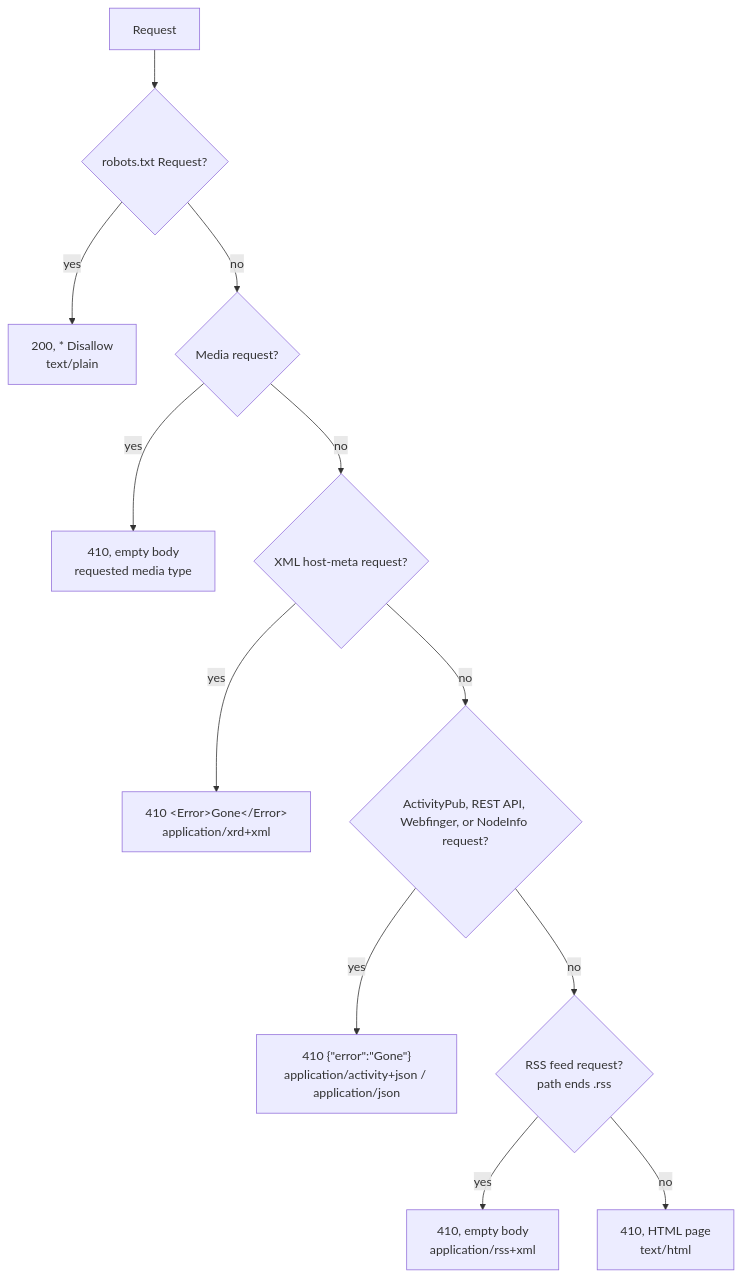
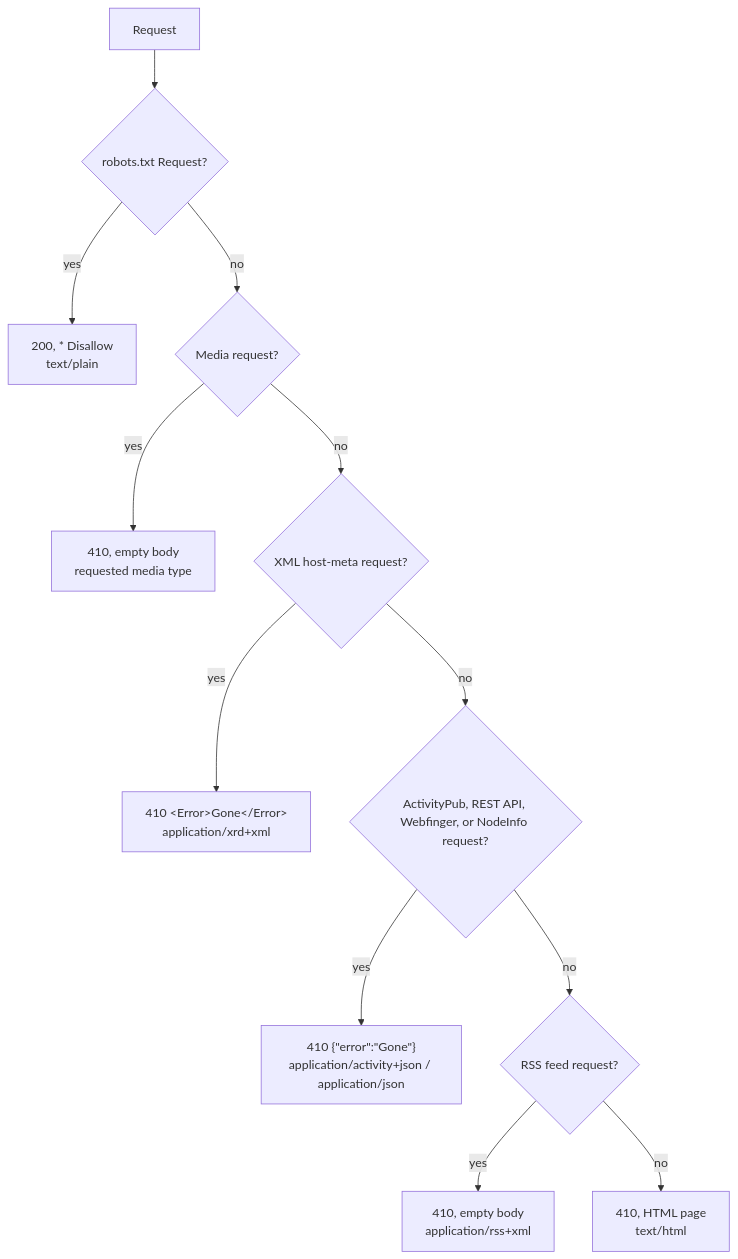
Before and after one commit to vmstio/gone: the diagram in README.md, drawn with Mermaid.

Commit message:
Remove path check from RSS feed logic in README

````diff
--- a/README.md
+++ b/README.md
@@ -64,14 +64,14 @@
 ```mermaid
 flowchart TD
     A["Request"] --> B{"robots.txt Request?"}
     B -- yes --> B1["200, * Disallow\ntext/plain"]
     B -- no --> C{"Media request?"}
     C -- yes --> C1["410, empty body\nrequested media type"]
     C -- no --> E{"XML host-meta request?"}
     E -- yes --> E1["410 &lt;Error&gt;Gone&lt;/Error&gt;\napplication/xrd+xml"]
     E -- no --> G{"ActivityPub, REST API, Webfinger, or NodeInfo request?"}
     G -- yes --> G1["410 {#quot;error#quot;:#quot;Gone#quot;}\napplication/activity+json / application/json"]
-    G -- no --> J{"RSS feed request?\npath ends .rss"}
+    G -- no --> J{"RSS feed request?"}
     J -- yes --> J1["410, empty body\napplication/rss+xml"]
     J -- no --> L["410, HTML page\ntext/html"]
 ```
````
